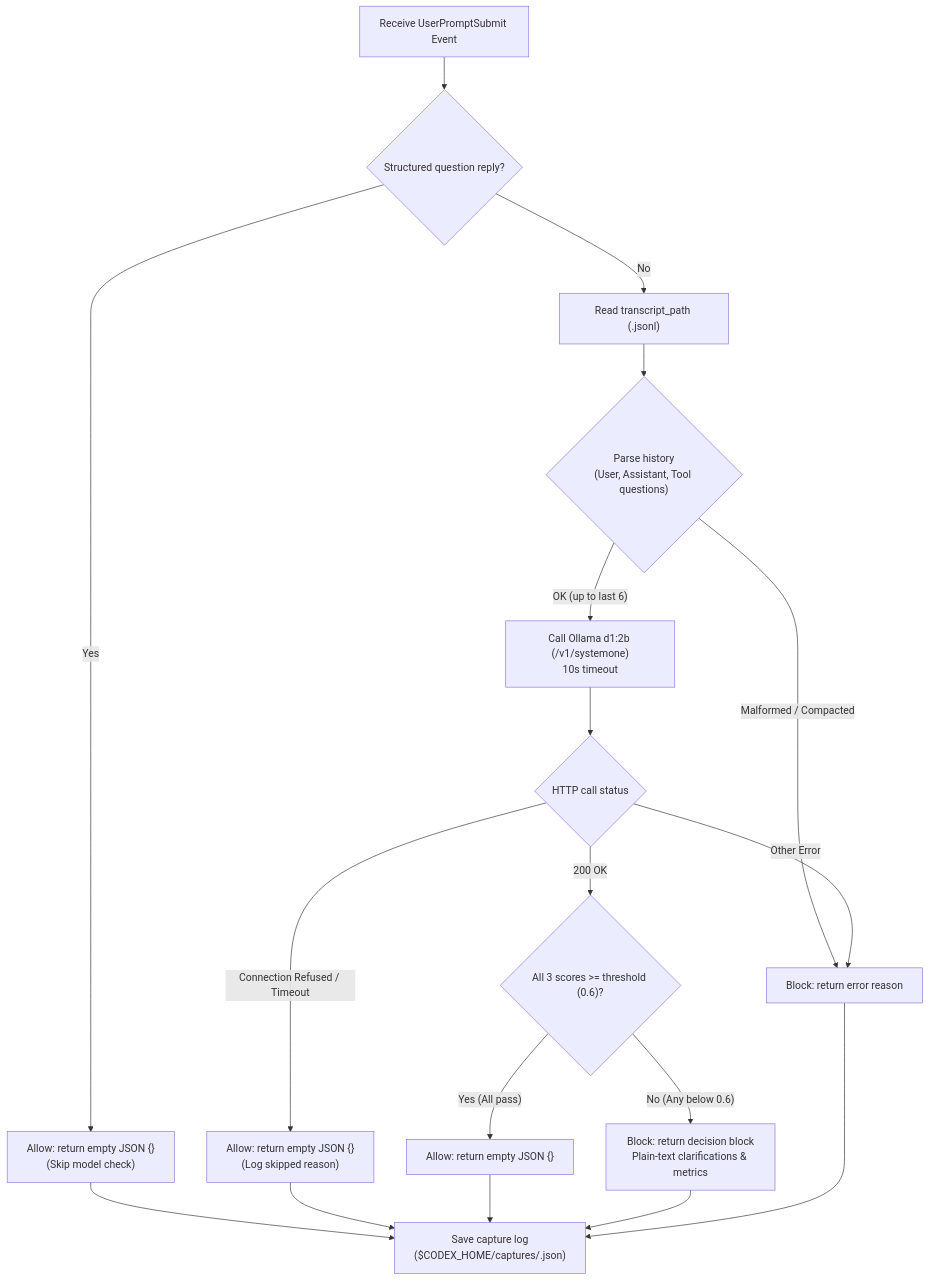
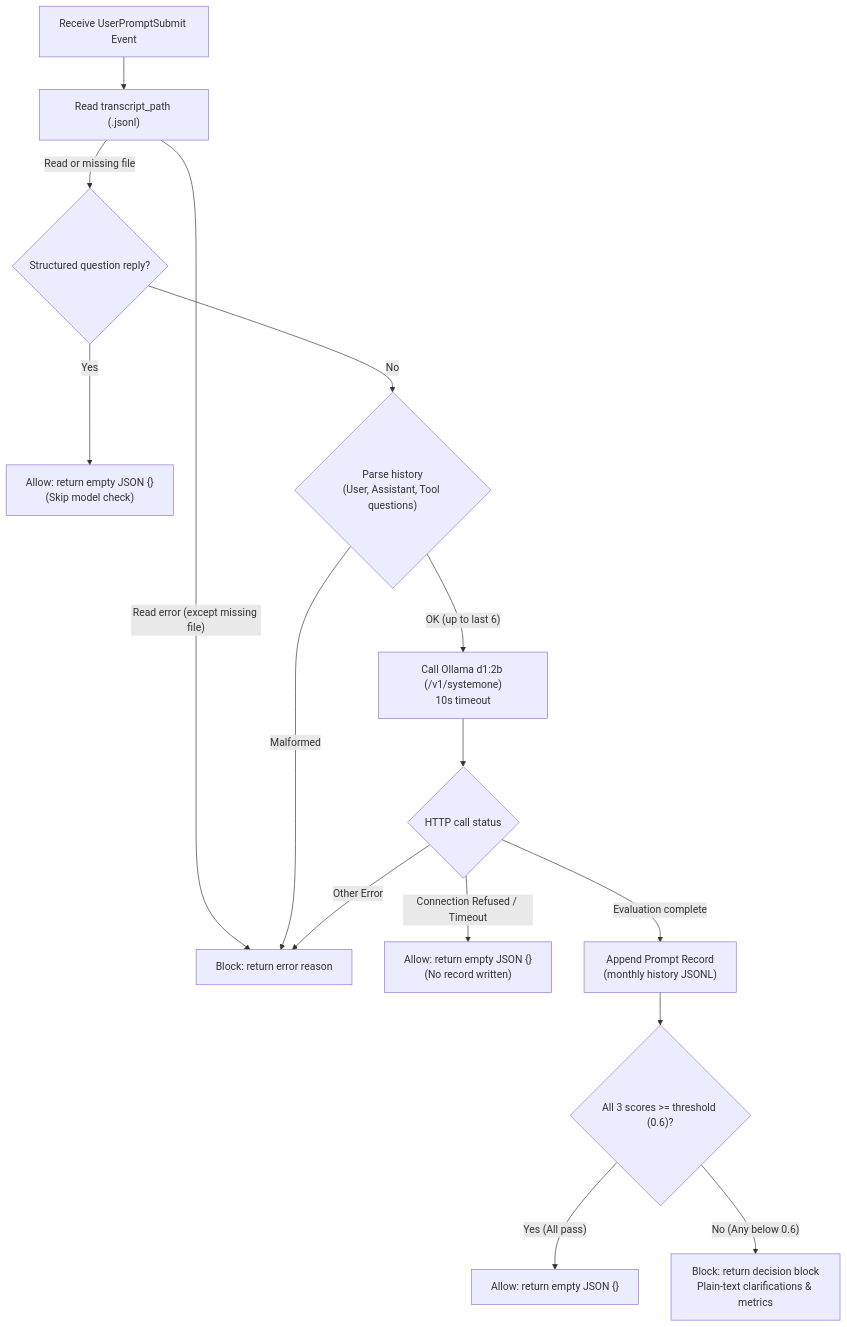
Before and after one commit to tyPhoon-collab/user-prompt-checker: the second of 2 diagrams in README.md, drawn with Mermaid. The commit also changed other lines of this file, not shown here.

Commit message:
docs: フックの履歴保存の説明を実装に合わせる

````diff
--- a/README.md
+++ b/README.md
@@ -105,24 +105,19 @@
 ```mermaid
 flowchart TD
-    Start["Receive UserPromptSubmit Event"] --> IsReply{"Structured question reply?"}
+    Start["Receive UserPromptSubmit Event"] --> ReadTranscript["Read transcript_path (.jsonl)"]
+    ReadTranscript -- "Read error (except missing file)" --> BlockError["Block: return error reason"]
+    ReadTranscript -- "Read or missing file" --> IsReply{"Structured question reply?"}
     IsReply -- "Yes" --> AllowSkip["Allow: return empty JSON {}\n(Skip model check)"]
-    IsReply -- "No" --> ReadTranscript["Read transcript_path (.jsonl)"]
-
-    ReadTranscript --> ParseHistory{"Parse history\n(User, Assistant, Tool questions)"}
-    ParseHistory -- "Malformed / Compacted" --> BlockError["Block: return error reason"]
+    IsReply -- "No" --> ParseHistory{"Parse history\n(User, Assistant, Tool questions)"}
+    ParseHistory -- "Malformed" --> BlockError
     ParseHistory -- "OK (up to last 6)" --> CallOllama["Call Ollama d1:2b (/v1/systemone)\n10s timeout"]
 
     CallOllama --> NetResult{"HTTP call status"}
-    NetResult -- "Connection Refused / Timeout" --> AllowNet["Allow: return empty JSON {}\n(Log skipped reason)"]
+    NetResult -- "Connection Refused / Timeout" --> AllowNet["Allow: return empty JSON {}\n(No record written)"]
     NetResult -- "Other Error" --> BlockError
-    NetResult -- "200 OK" --> EvaluateScores{"All 3 scores >= threshold (0.6)?"}
+    NetResult -- "Evaluation complete" --> SaveHistory["Append Prompt Record\n(monthly history JSONL)"]
+    SaveHistory --> EvaluateScores{"All 3 scores >= threshold (0.6)?"}
 
     EvaluateScores -- "Yes (All pass)" --> AllowPass["Allow: return empty JSON {}"]
     EvaluateScores -- "No (Any below 0.6)" --> BlockDecision["Block: return decision block\nPlain-text clarifications & metrics"]
-
-    AllowSkip --> SaveCapture["Save capture log\n($CODEX_HOME/captures/<uuid>.json)"]
-    AllowNet --> SaveCapture
-    AllowPass --> SaveCapture
-    BlockDecision --> SaveCapture
-    BlockError --> SaveCapture
 ```
````
